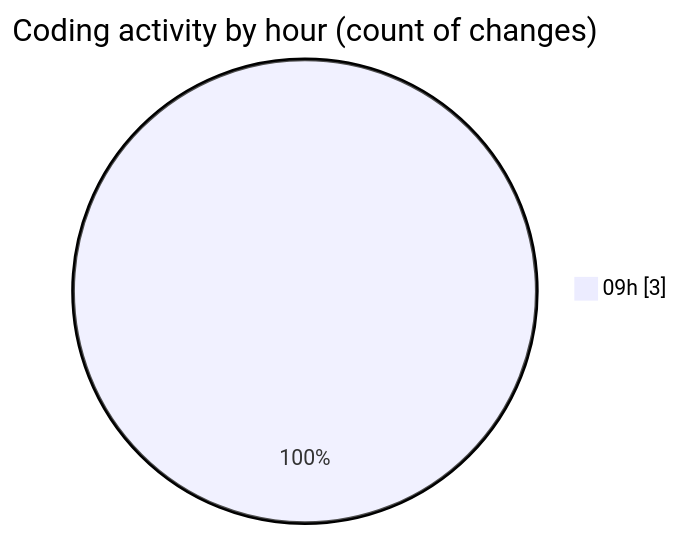
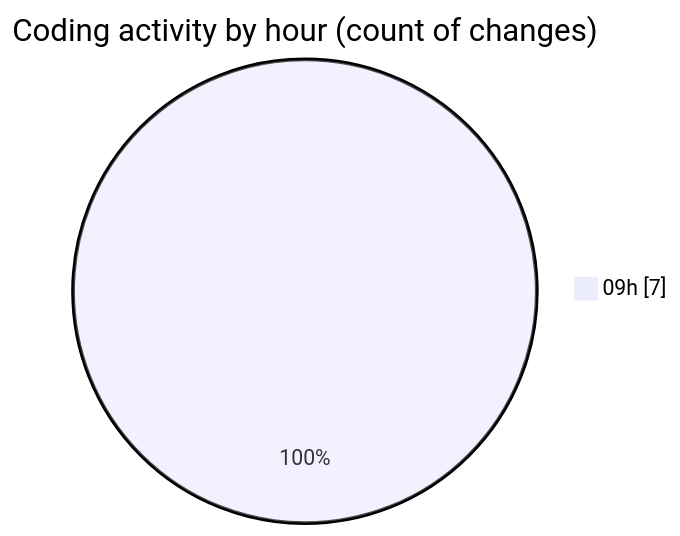
One commit to CELIANVF/code-tracking changed the second of 2 diagrams in 2025-06-03/ecodeli-1/README.md. Above: the diagram before and after it, drawn with Mermaid. The commit also changed other lines of this file and 1 other file, not shown here.

````diff
--- a/2025-06-03/ecodeli-1/README.md
+++ b/2025-06-03/ecodeli-1/README.md
@@ -30,5 +31,5 @@
 ```mermaid
 pie showData
 title Coding activity by hour (count of changes)
-"09h" : 3
+"09h" : 7
 ```
````
